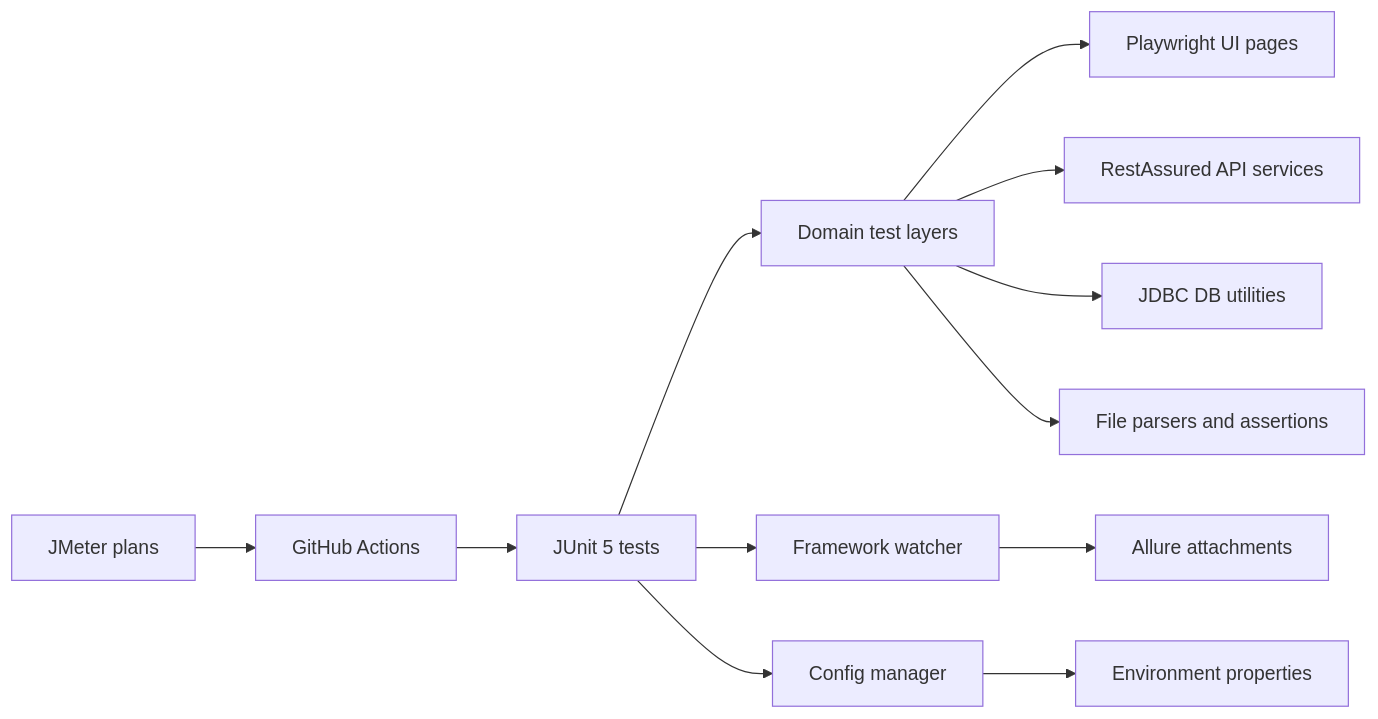
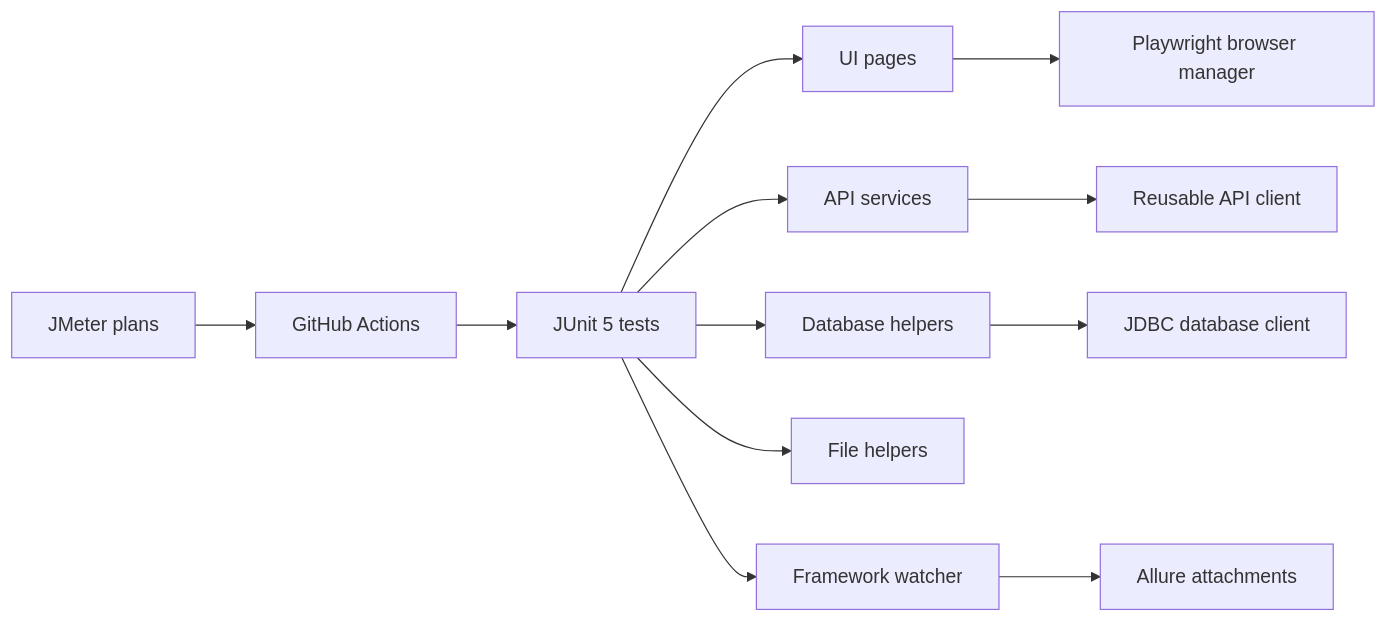
Before and after one commit to DenTerrens/enterprise-test-framework: the diagram in README.md, drawn with Mermaid. The commit also changed other lines of this file and 51 other files, not shown here.

Commit message:
Strengthen demo framework with integrated E2E flows and CI

````diff
--- a/README.md
+++ b/README.md
@@ -34,14 +50,14 @@
 ```mermaid
 flowchart LR
-    A[JUnit 5 tests] --> B[Domain test layers]
-    B --> C[Playwright UI pages]
-    B --> D[RestAssured API services]
-    B --> E[JDBC DB utilities]
-    B --> F[File parsers and assertions]
-    A --> G[Framework watcher]
-    G --> H[Allure attachments]
-    A --> I[Config manager]
-    I --> J[Environment properties]
-    K[GitHub Actions] --> A
-    L[JMeter plans] --> K
+    A["JUnit 5 tests"] --> B["UI pages"]
+    A --> C["API services"]
+    A --> D["Database helpers"]
+    A --> E["File helpers"]
+    A --> F["Framework watcher"]
+    B --> G["Playwright browser manager"]
+    C --> H["Reusable API client"]
+    D --> I["JDBC database client"]
+    F --> J["Allure attachments"]
+    K["GitHub Actions"] --> A
+    L["JMeter plans"] --> K
 ```
````
